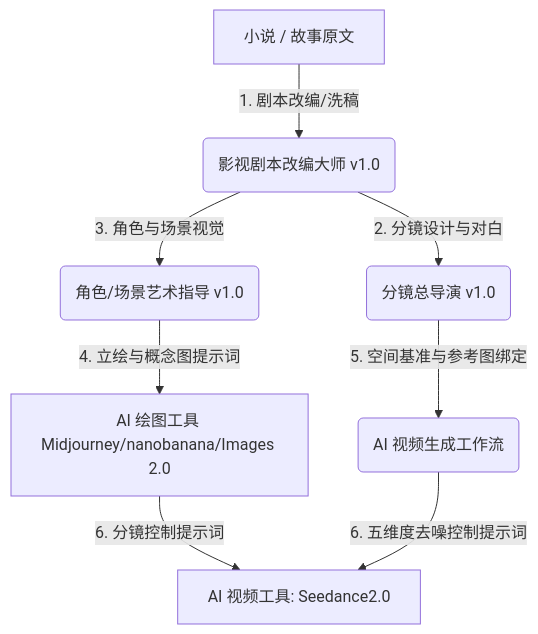
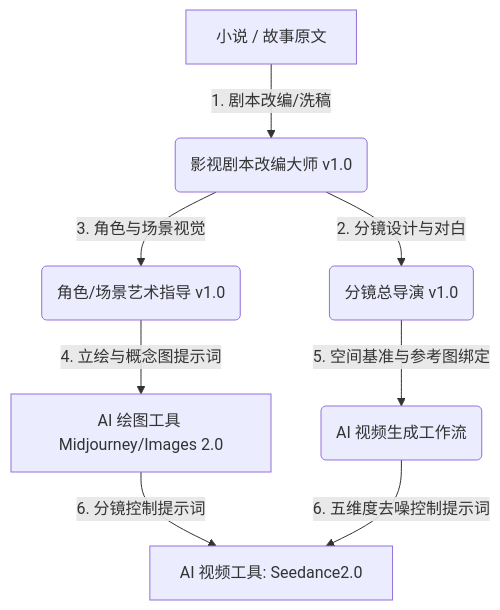
The diagram in README.md (yuanhongchen56-web/short-drama-ai-filmmaking), drawn with Mermaid before and after one commit. The commit also changed other lines of this file, not shown here.

````diff
--- a/README.md
+++ b/README.md
@@ -58,10 +58,10 @@
 ```mermaid
 graph TD
     A[小说 / 故事原文] -->|1. 剧本改编/洗稿| B(影视剧本改编大师 v1.0)
     B -->|2. 分镜设计与对白| C(分镜总导演 v1.0)
     B -->|3. 角色与场景视觉| D(角色/场景艺术指导 v1.0)
-    D -->|4. 立绘与概念图提示词| E[AI 绘图工具 Midjourney/nanobanana/Images 2.0]
+    D -->|4. 立绘与概念图提示词| E[AI 绘图工具 Midjourney/Images 2.0]
     C -->|5. 空间基准与参考图绑定| F(AI 视频生成工作流)
-    E -->|6. 分镜控制提示词| G[AI 视频工具 Seedance/Nano Banana]
+    E -->|6. 分镜控制提示词| G[AI 视频工具 Seedance/Images 2.0]
     F -->|6. 五维度去噪控制提示词| G[AI 视频工具: Seedance2.0]
 ```
````
